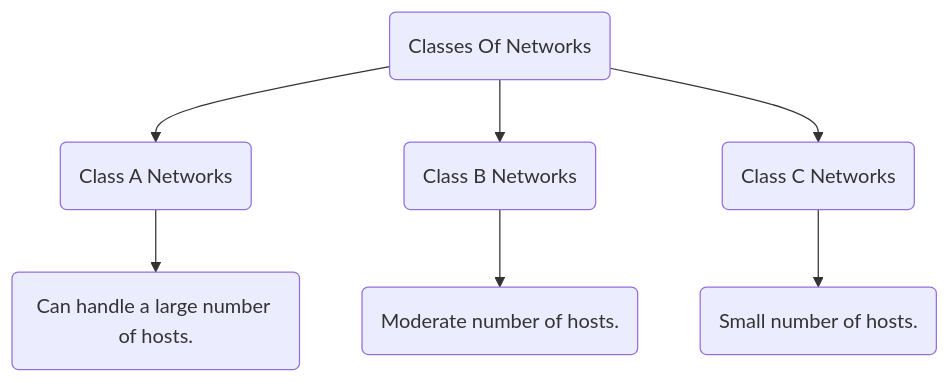
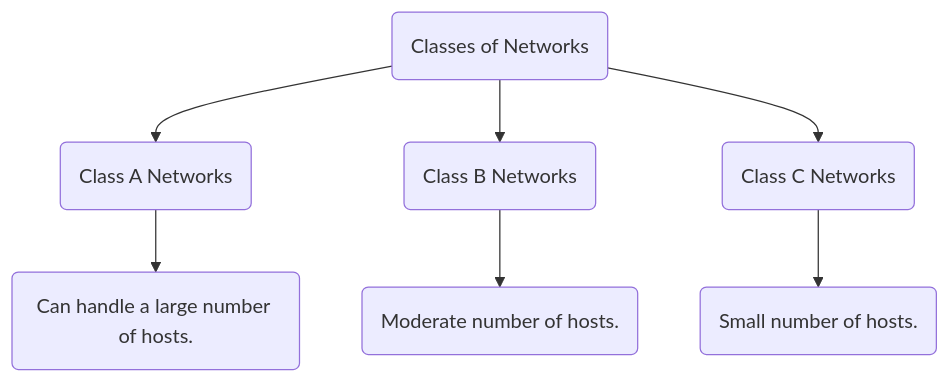
The third of 3 diagrams in IT/Classes_Notes/2022-09-17_Client_Server_Model.md (bionicop/Digital-Garden), drawn with Mermaid before and after one commit. The commit also changed other lines of this file and 1 other file, not shown here.

````diff
--- a/IT/Classes_Notes/2022-09-17_Client_Server_Model.md
+++ b/IT/Classes_Notes/2022-09-17_Client_Server_Model.md
@@ -161,6 +164,6 @@
 ```mermaid
 graph TD
-    A(Classes Of Networks ) --> B(Class A Networks) --> 1(Can handle a large number of hosts.)
+    A(Classes of Networks ) --> B(Class A Networks) --> 1(Can handle a large number of hosts.)
     A --> C(Class B Networks) --> 2(Moderate number of hosts.)
     A --> D(Class C Networks) --> 3(Small number of hosts.)
 ```
````
